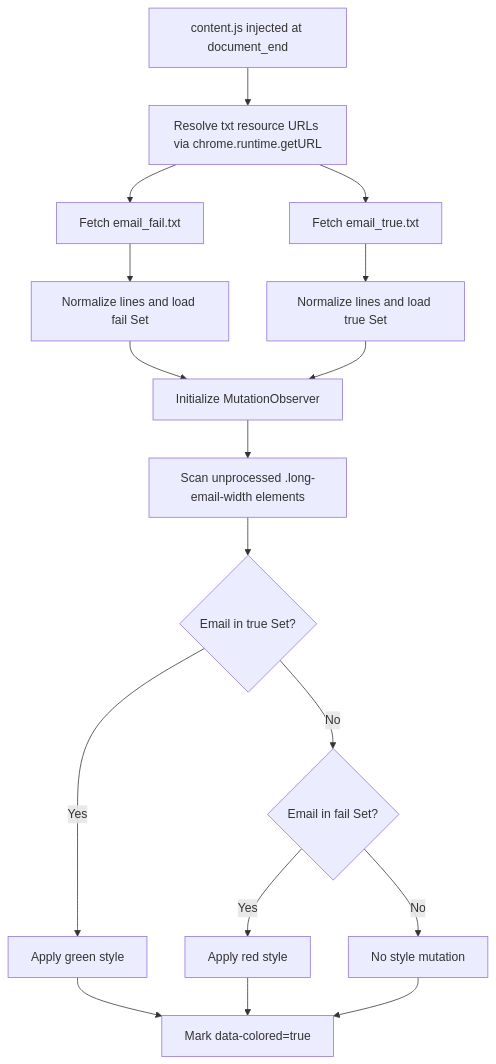
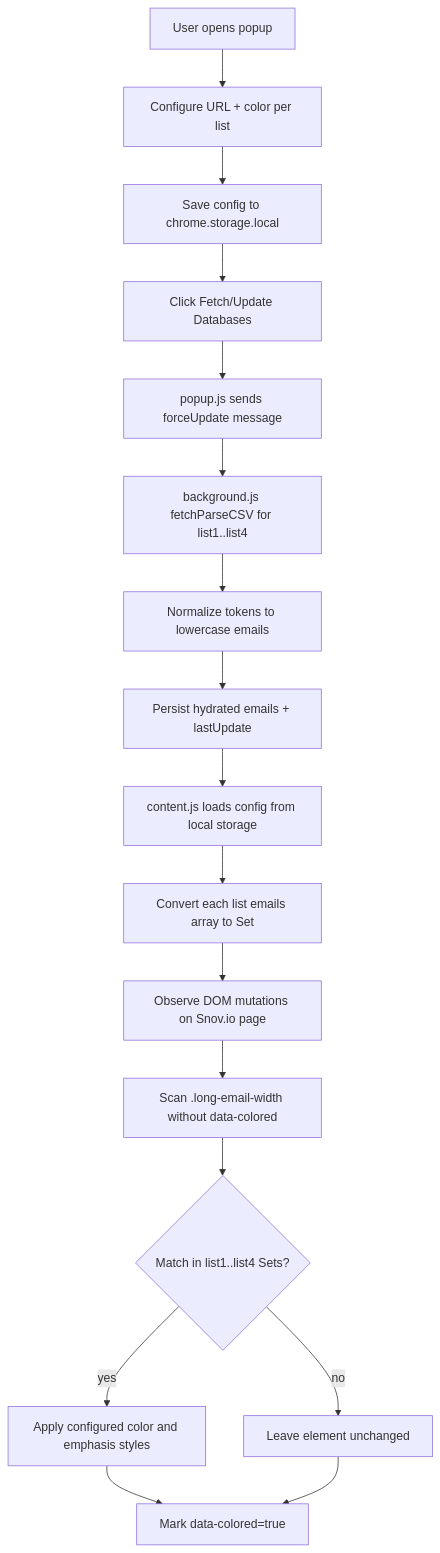
The diagram in README.md (OstinUA/Snov.io-addon_1), drawn with Mermaid before and after one commit. The commit also changed other lines of this file, not shown here.

Commit message:
docs: rewrite README with comprehensive architecture and usage guide

````diff
--- a/README.md
+++ b/README.md
@@ -88,19 +96,19 @@
 ```mermaid
 flowchart TD
-    A[content.js injected at document_end] --> B[Resolve txt resource URLs via chrome.runtime.getURL]
-    B --> C[Fetch email_fail.txt]
-    B --> D[Fetch email_true.txt]
-    C --> E[Normalize lines and load fail Set]
-    D --> F[Normalize lines and load true Set]
-    E --> G[Initialize MutationObserver]
-    F --> G
-    G --> H[Scan unprocessed .long-email-width elements]
-    H --> I{Email in true Set?}
-    I -- Yes --> J[Apply green style]
-    I -- No --> K{Email in fail Set?}
-    K -- Yes --> L[Apply red style]
-    K -- No --> M[No style mutation]
-    J --> N[Mark data-colored=true]
-    L --> N
-    M --> N
+    A[User opens popup] --> B[Configure URL + color per list]
+    B --> C[Save config to chrome.storage.local]
+    C --> D[Click Fetch/Update Databases]
+    D --> E[popup.js sends forceUpdate message]
+    E --> F[background.js fetchParseCSV for list1..list4]
+    F --> G[Normalize tokens to lowercase emails]
+    G --> H[Persist hydrated emails + lastUpdate]
+    H --> I[content.js loads config from local storage]
+    I --> J[Convert each list emails array to Set]
+    J --> K[Observe DOM mutations on Snov.io page]
+    K --> L[Scan .long-email-width without data-colored]
+    L --> M{Match in list1..list4 Sets?}
+    M -->|yes| N[Apply configured color and emphasis styles]
+    M -->|no| O[Leave element unchanged]
+    N --> P[Mark data-colored=true]
+    O --> P
 ```
````
